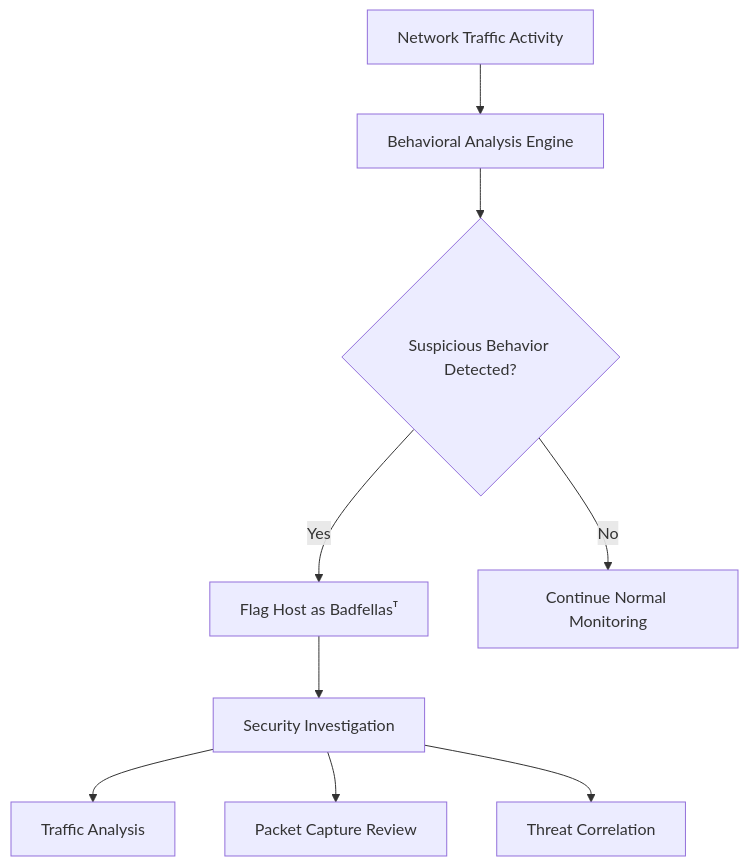
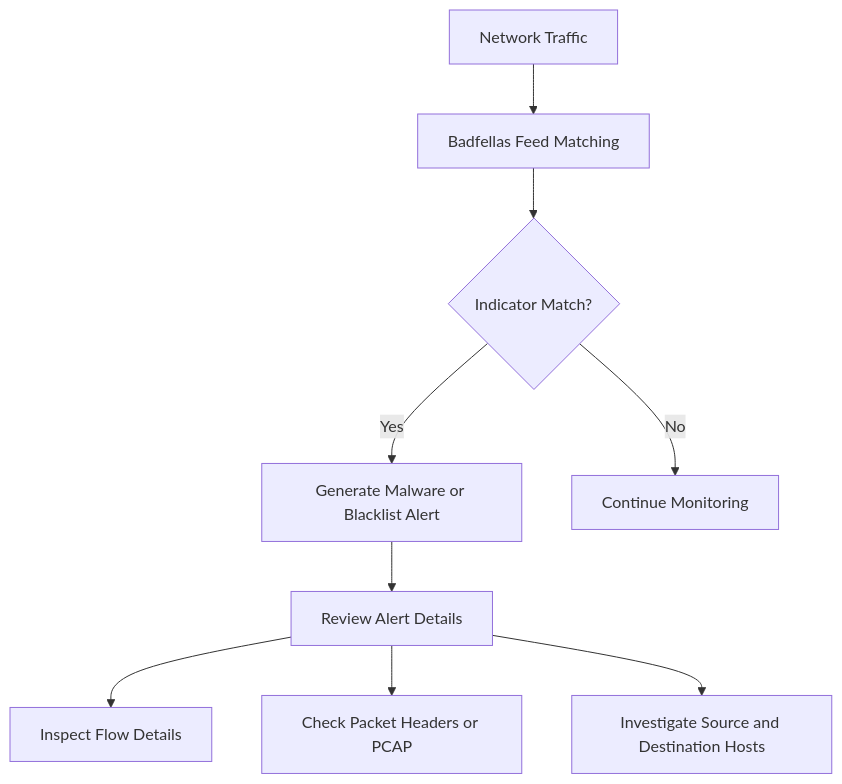
Before and after one commit to trisulnsm/trisullearn: the diagram in glossary/docs/B/badfellas.md, drawn with Mermaid. The commit also changed other lines of this file and 4 other files, not shown here.

````diff
--- a/glossary/docs/B/badfellas.md
+++ b/glossary/docs/B/badfellas.md
@@ -44,15 +40,11 @@
 ```mermaid
 flowchart TD
-    A[Network Traffic Activity] --> B[Behavioral Analysis Engine]
-
-    B --> C{Suspicious Behavior Detected?}
-
-    C -->|Yes| D[Flag Host as Badfellasᵀ]
-    C -->|No| E[Continue Normal Monitoring]
-
-    D --> F[Security Investigation]
-
-    F --> G[Traffic Analysis]
-    F --> H[Packet Capture Review]
-    F --> I[Threat Correlation]
+    A[Network Traffic] --> B[Badfellas Feed Matching]
+    B --> C{Indicator Match?}
+    C -->|Yes| D[Generate Malware or Blacklist Alert]
+    C -->|No| E[Continue Monitoring]
+    D --> F[Review Alert Details]
+    F --> G[Inspect Flow Details]
+    F --> H[Check Packet Headers or PCAP]
+    F --> I[Investigate Source and Destination Hosts]
 ```
````
